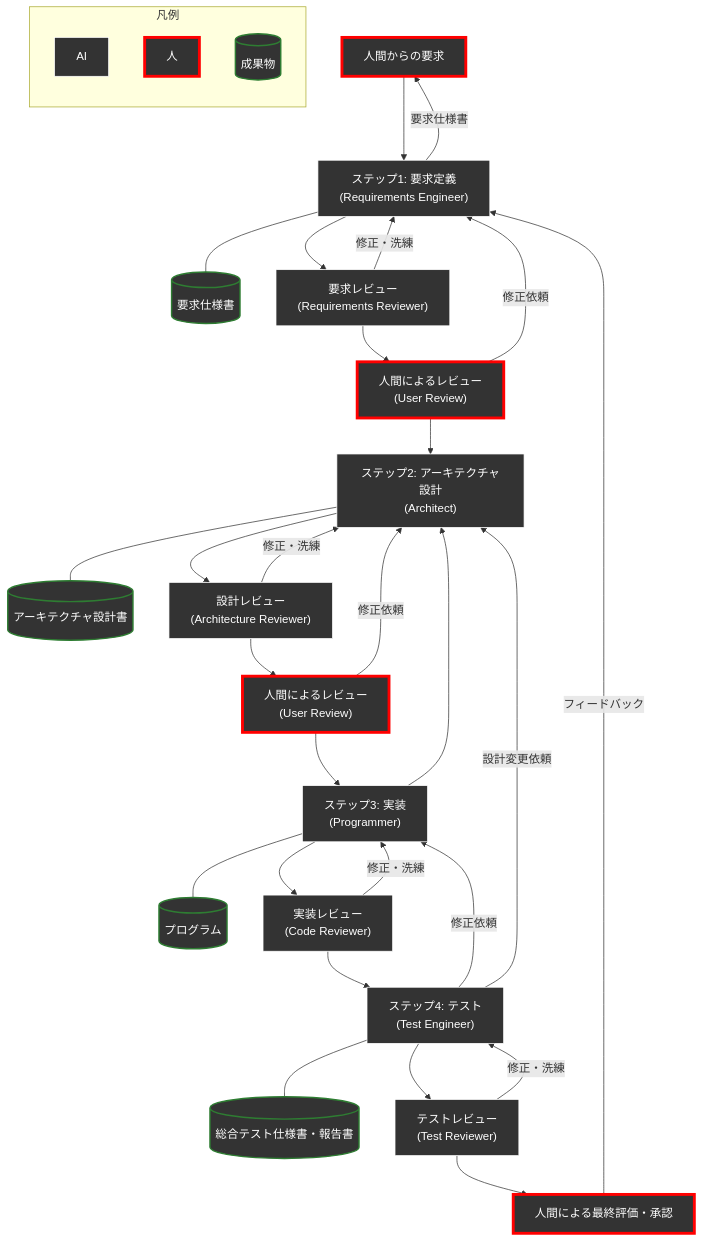
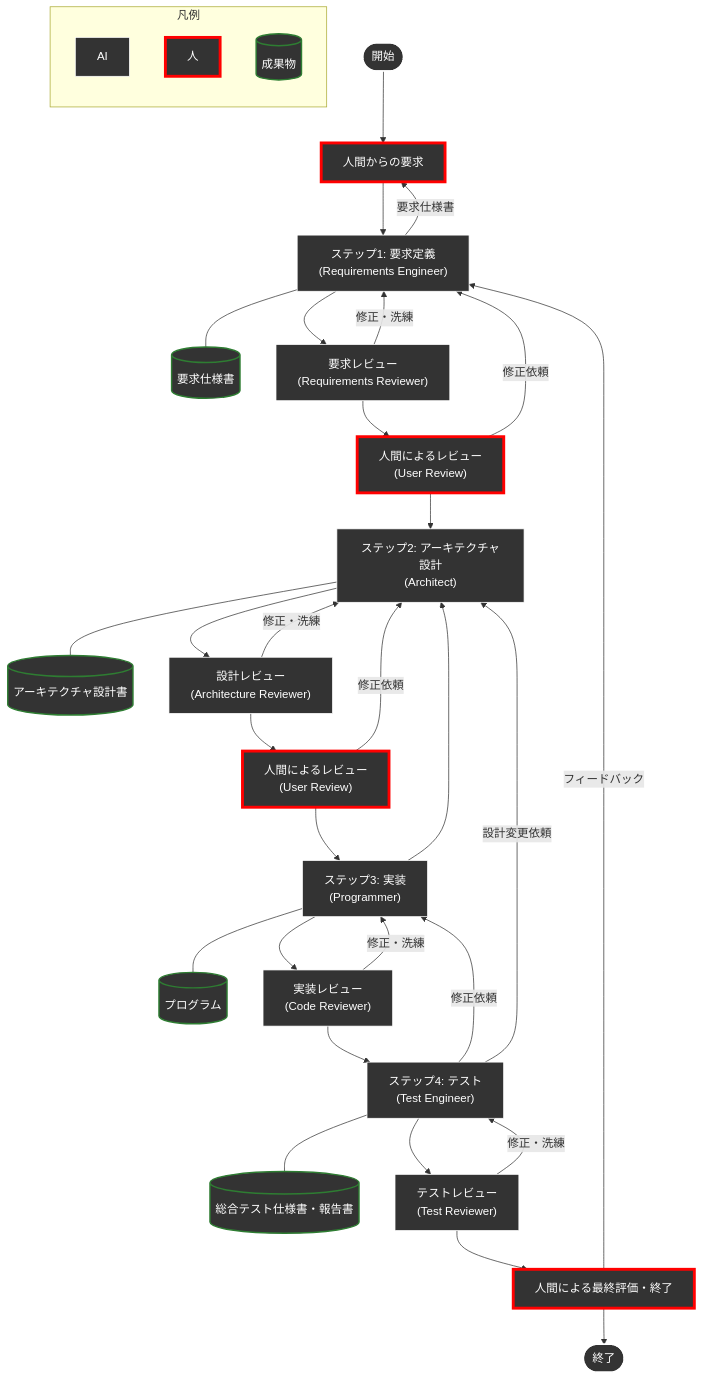
Before and after one commit to yamaPiT/AntigravityTemplate: the diagram in README.md, drawn with Mermaid. The commit also changed other lines of this file and 12 other files, not shown here.

````diff
--- a/README.md
+++ b/README.md
@@ -23,50 +23,55 @@
 ```mermaid
 graph TD
+    Start(["開始"]) --> UserReq["人間からの要求"]
     UserReq["人間からの要求"] --> Req["ステップ1: 要求定義<br>(Requirements Engineer)"]
     Req --- ReqDoc[("要求仕様書")]
     Req -->|要求仕様書| UserReq
     Req --> ReqRev["要求レビュー<br>(Requirements Reviewer)"]
     ReqRev -- 修正・洗練 --> Req
     ReqRev --> ReqHum["人間によるレビュー<br>(User Review)"]
     ReqHum -- 修正依頼 --> Req
     ReqHum --> Arch["ステップ2: アーキテクチャ設計<br>(Architect)"]
     
     Arch --- ArchDoc[("アーキテクチャ設計書")]
     Arch --> ArchRev["設計レビュー<br>(Architecture Reviewer)"]
     ArchRev -- 修正・洗練 --> Arch
     ArchRev --> ArchHum["人間によるレビュー<br>(User Review)"]
     ArchHum -- 修正依頼 --> Arch
     ArchHum --> Impl["ステップ3: 実装<br>(Programmer)"]
     
     Impl --- ProgDoc[("プログラム")]
     Impl --> ImplRev["実装レビュー<br>(Code Reviewer)"]
     ImplRev -- 修正・洗練 --> Impl
     Impl --> Arch
     ImplRev --> Test["ステップ4: テスト<br>(Test Engineer)"]
     
     Test --- TestDoc[("総合テスト仕様書・報告書")]
     Test --> TestRev["テストレビュー<br>(Test Reviewer)"]
     TestRev -- 修正・洗練 --> Test
     Test -- 修正依頼 --> Impl
     Test -- 設計変更依頼 --> Arch
     
-    TestRev --> Approve["人間による最終評価・承認"]
+    TestRev --> Approve["人間による最終評価・終了"]
     Approve -->|フィードバック| Req
+    Approve --> End(["終了"])
 
     %% スタイル定義 (背景色を尊重し、枠線で役割を完結)
     classDef human fill:#333333,stroke:#ff0000,stroke-width:4px,color:#ffffff;
     classDef agent fill:#333333,stroke:#FFFFFF,stroke-width:1px,color:#ffffff;
     classDef doc fill:#333333,stroke:#2e7d32,stroke-width:2px,color:#ffffff;
+    classDef startEnd fill:#333333,stroke:#ffffff,stroke-width:2px,color:#ffffff;
     
     class UserReq,ReqHum,ArchHum,Approve human;
     class Req,ReqRev,Arch,ArchRev,Impl,ImplRev,Test,TestRev agent;
     class ReqDoc,ArchDoc,ProgDoc,TestDoc doc;
+    class Start,End startEnd;
 
     %% 凡例 (小型化)
     subgraph Legend ["凡例"]
         direction TB
         L1["AI"]:::agent
         L2["人"]:::human
         L3[("成果物")]:::doc
     end
+
 ```
````
